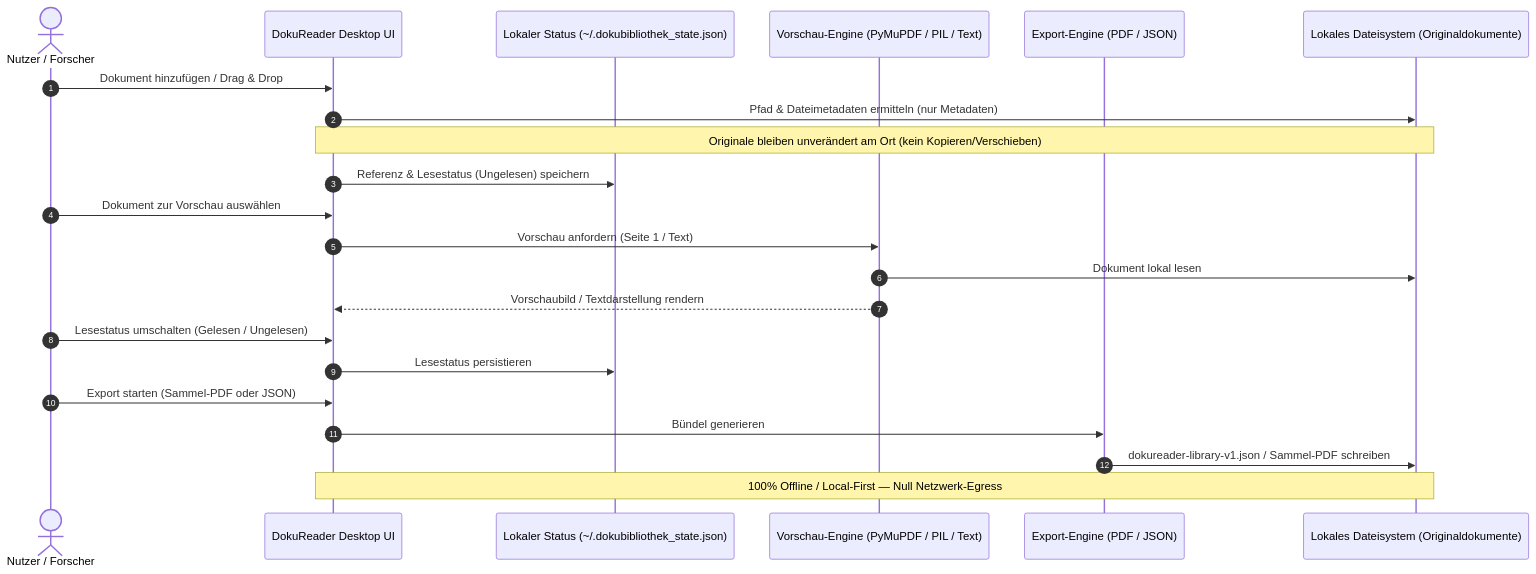
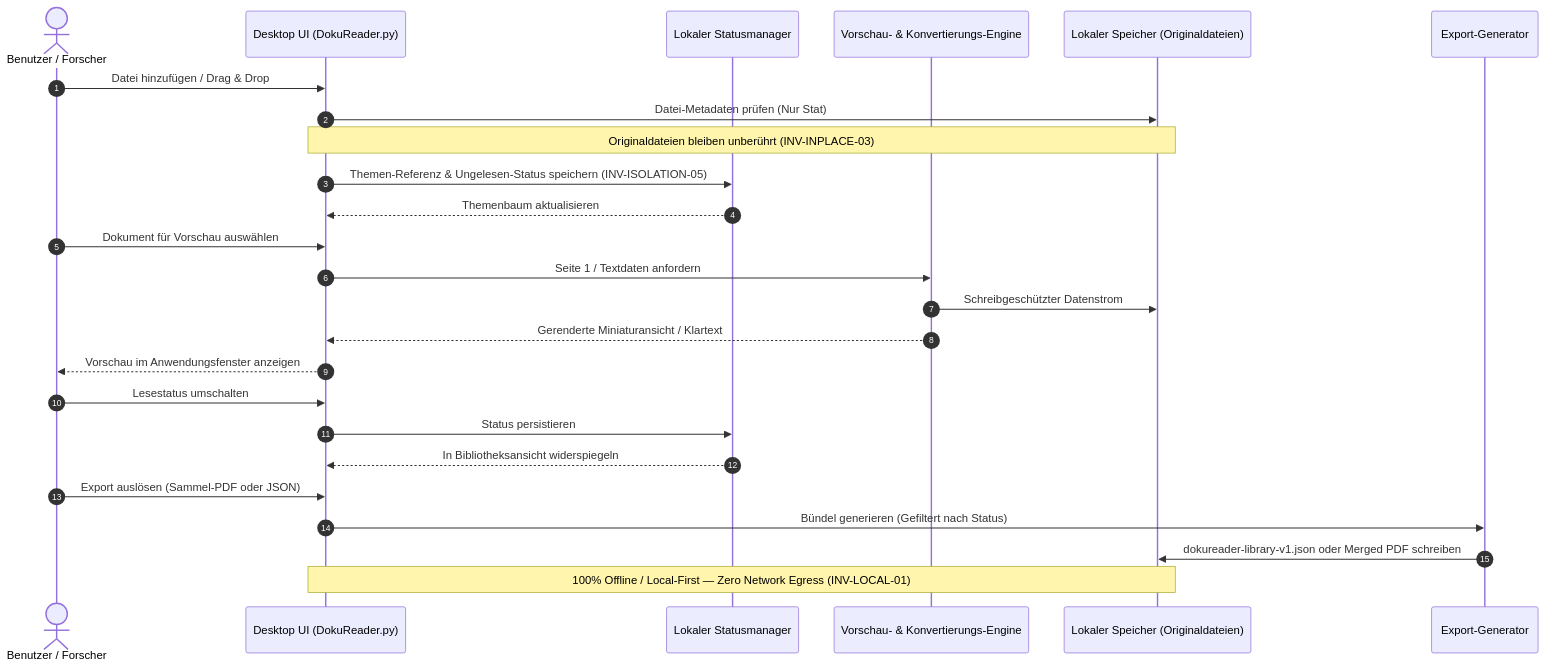
Before and after one commit to doc-bricks/DokuReader: the second of 2 diagrams in README_de.md, drawn with Mermaid. The commit also changed other lines of this file and 9 other files, not shown here.

Commit message:
docs(marketing): Pfad B discoverability, 15-point nav, dual mermaid & invariants

````diff
--- a/README_de.md
+++ b/README_de.md
@@ -98,25 +145,31 @@
 ```mermaid
 sequenceDiagram
     autonumber
-    actor User as Nutzer / Forscher
-    participant UI as DokuReader Desktop UI
-    participant State as Lokaler Status (~/.dokubibliothek_state.json)
-    participant Preview as Vorschau-Engine (PyMuPDF / PIL / Text)
-    participant Exporter as Export-Engine (PDF / JSON)
-    participant LocalDisk as Lokales Dateisystem (Originaldokumente)
+    actor User as Benutzer / Forscher
+    participant UI as Desktop UI (DokuReader.py)
+    participant State as Lokaler Statusmanager
+    participant Engine as Vorschau- & Konvertierungs-Engine
+    participant Disk as Lokaler Speicher (Originaldateien)
+    participant Output as Export-Generator
 
-    User->>UI: Dokument hinzufügen / Drag & Drop
-    UI->>LocalDisk: Pfad & Dateimetadaten ermitteln (nur Metadaten)
-    Note over UI,LocalDisk: Originale bleiben unverändert am Ort (kein Kopieren/Verschieben)
-    UI->>State: Referenz & Lesestatus (Ungelesen) speichern
-    User->>UI: Dokument zur Vorschau auswählen
-    UI->>Preview: Vorschau anfordern (Seite 1 / Text)
-    Preview->>LocalDisk: Dokument lokal lesen
-    Preview-->>UI: Vorschaubild / Textdarstellung rendern
-    User->>UI: Lesestatus umschalten (Gelesen / Ungelesen)
-    UI->>State: Lesestatus persistieren
-    User->>UI: Export starten (Sammel-PDF oder JSON)
-    UI->>Exporter: Bündel generieren
-    Exporter->>LocalDisk: dokureader-library-v1.json / Sammel-PDF schreiben
-    Note over UI,LocalDisk: 100% Offline / Local-First — Null Netzwerk-Egress
+    User->>UI: Datei hinzufügen / Drag & Drop
+    UI->>Disk: Datei-Metadaten prüfen (Nur Stat)
+    Note over UI,Disk: Originaldateien bleiben unberührt (INV-INPLACE-03)
+    UI->>State: Themen-Referenz & Ungelesen-Status speichern (INV-ISOLATION-05)
+    State-->>UI: Themenbaum aktualisieren
+
+    User->>UI: Dokument für Vorschau auswählen
+    UI->>Engine: Seite 1 / Textdaten anfordern
+    Engine->>Disk: Schreibgeschützter Datenstrom
+    Engine-->>UI: Gerenderte Miniaturansicht / Klartext
+    UI-->>User: Vorschau im Anwendungsfenster anzeigen
+
+    User->>UI: Lesestatus umschalten
+    UI->>State: Status persistieren
+    State-->>UI: In Bibliotheksansicht widerspiegeln
+
+    User->>UI: Export auslösen (Sammel-PDF oder JSON)
+    UI->>Output: Bündel generieren (Gefiltert nach Status)
+    Output->>Disk: dokureader-library-v1.json oder Merged PDF schreiben
+    Note over UI,Disk: 100% Offline / Local-First — Zero Network Egress (INV-LOCAL-01)
 ```
````
